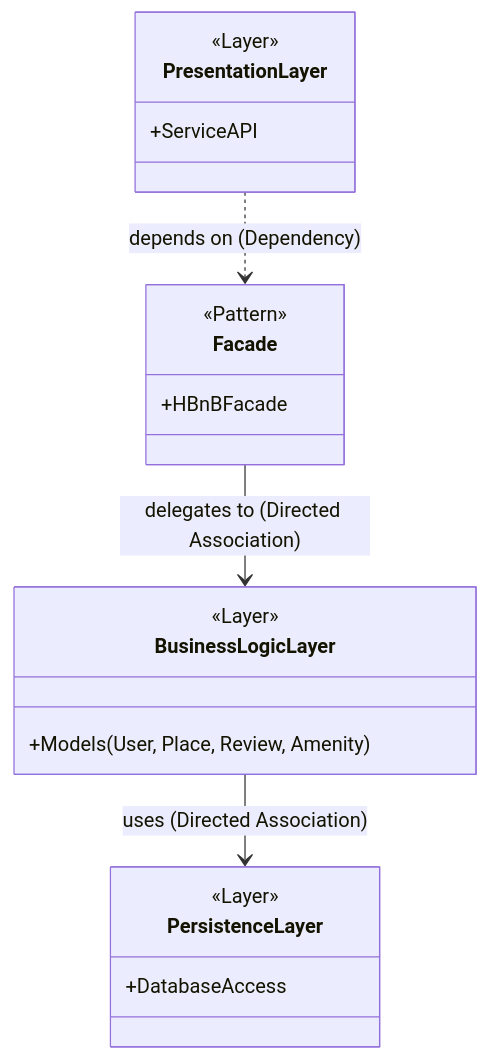
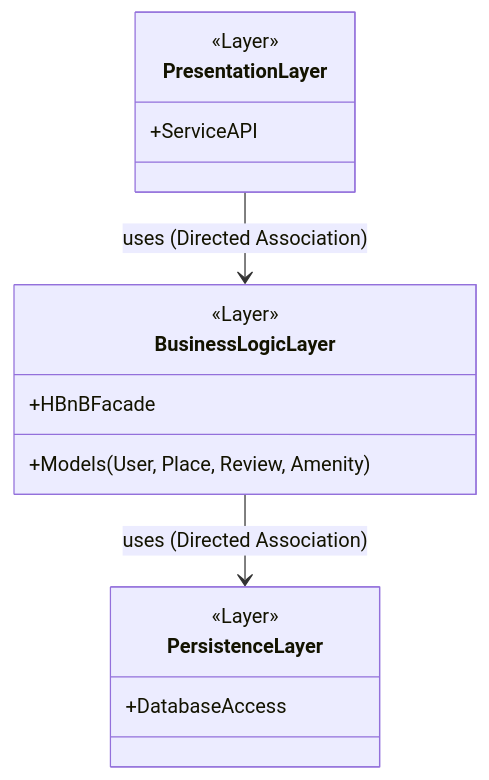
Before and after one commit to alzahra3ali-bit/holbertonschool-hbnb: the first of 6 diagrams in part1/README.md, drawn with Mermaid. The commit also changed other lines of this file, not shown here.

Commit message:
Fix: Merged facade with business layer and added methods in the class diagram

````diff
--- a/part1/README.md
+++ b/part1/README.md
@@ -10,26 +10,21 @@
 ```mermaid
 classDiagram
     class PresentationLayer {
         <<Layer>>
         +ServiceAPI
     }
 
-    class Facade {
-        <<Pattern>>
-        +HBnBFacade
-    }
-
     class BusinessLogicLayer {
         <<Layer>>
+        +HBnBFacade
         +Models (User, Place, Review, Amenity)
     }
 
     class PersistenceLayer {
         <<Layer>>
         +DatabaseAccess
     }
 
-    PresentationLayer ..> Facade : depends on (Dependency)
-    Facade --> BusinessLogicLayer : delegates to (Directed Association)
+    PresentationLayer --> BusinessLogicLayer : uses (Directed Association)
     BusinessLogicLayer --> PersistenceLayer : uses (Directed Association)
 ```
````
